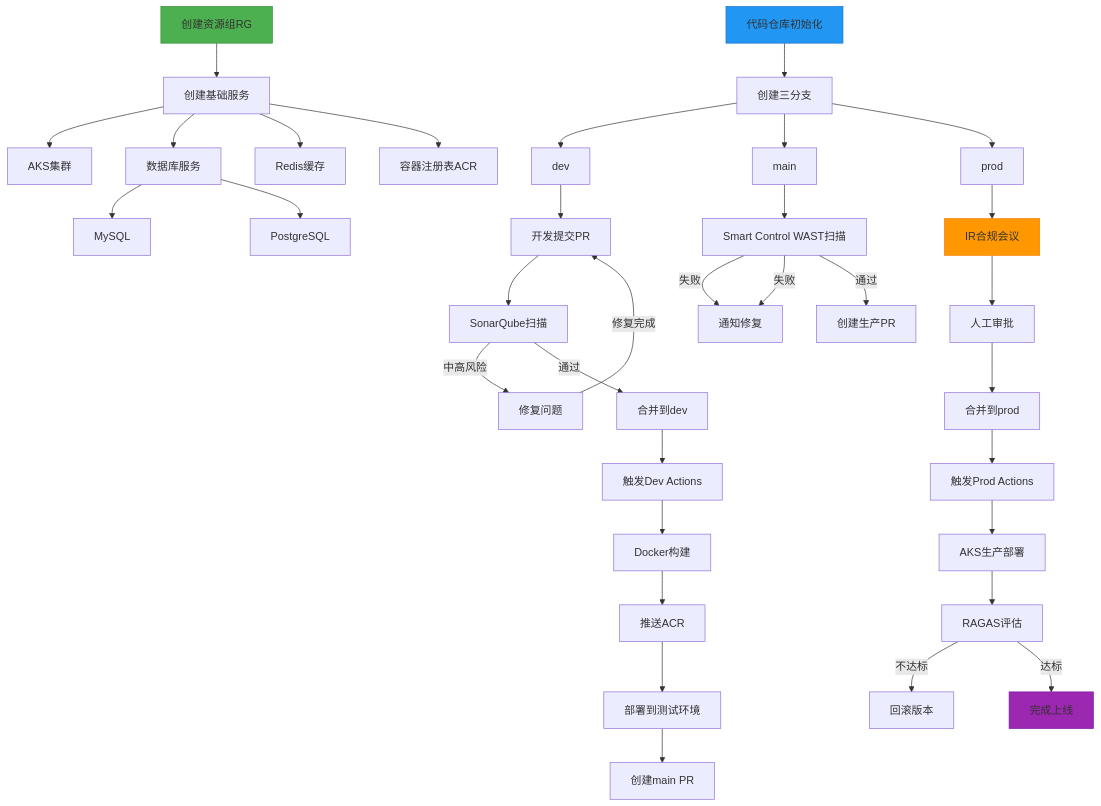
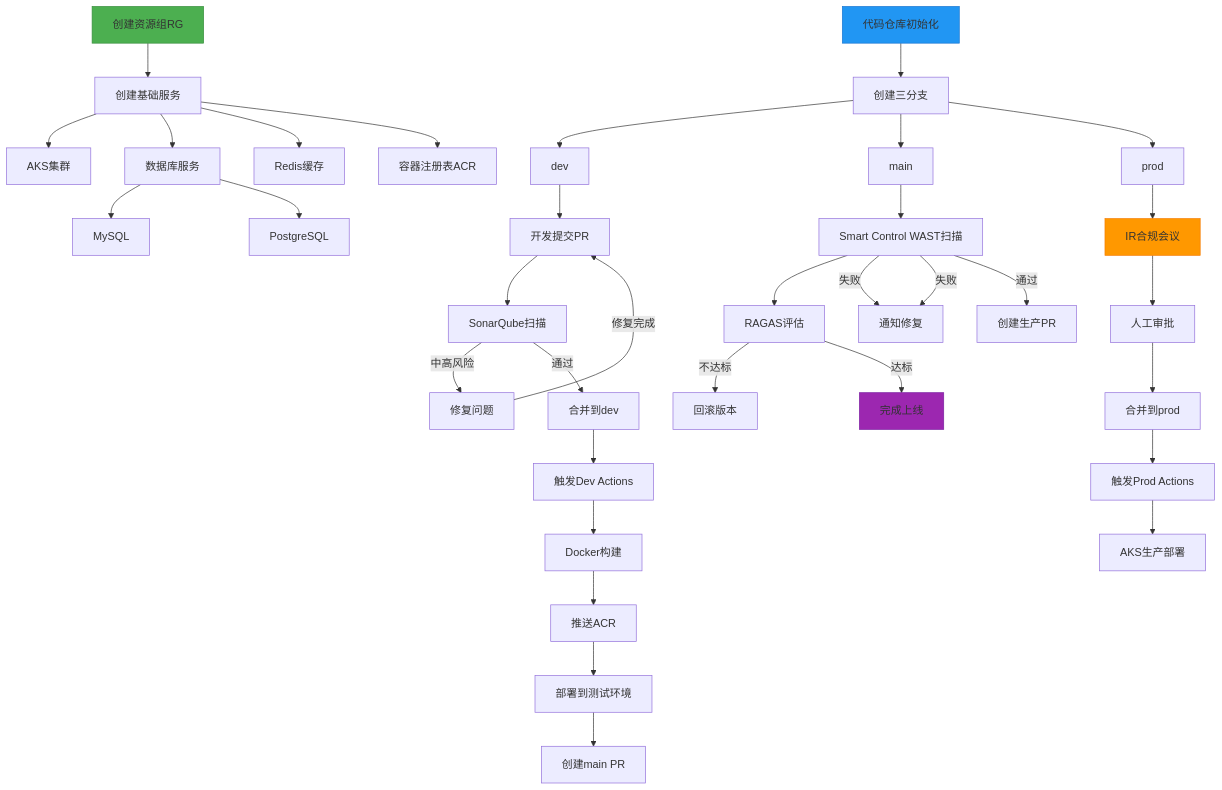
Before and after one commit to funnyData/iodraw-files: the diagram in all/未命名-1.md, drawn with Mermaid.

Commit message:
2025-02-27 09:18:56 update

````diff
--- a/all/未命名-1.md
+++ b/all/未命名-1.md
@@ -1,58 +1,60 @@
 ```mermaid
 graph TD
     A[创建资源组RG] --> B[创建基础服务]
     B --> C[AKS集群]
     B --> D[数据库服务]
     D --> DA[MySQL]
     D --> DB[PostgreSQL]
     B --> E[Redis缓存]
     B --> F[容器注册表ACR]
     
     G[代码仓库初始化] --> H[创建三分支]
     H --> I[dev]
     H --> J[main]
     H --> K[prod]
     K --> W[IR合规会议]
     J --> T[Smart Control WAST扫描]
-    
+    T--> AD[RAGAS评估]
+    AD -->|不达标| AE[回滚版本]
+    AD -->|达标| AF[完成上线]
     T -->|失败| U[通知修复]
     I --> L[开发提交PR]
     L --> M[SonarQube扫描]
     M -->|中高风险| N[修复问题]
     N -->|修复完成|L
     M -->|通过| O[合并到dev]
     
     O --> P[触发Dev Actions]
     P --> Q[Docker构建]
     Q --> R[推送ACR]
     R --> S[部署到测试环境]
     S --> SA[创建main PR]
     %% S -->V[创建生产PR]
 
     
     %% S --> T[Smart Control WAST扫描]
     T -->|失败| U[通知修复]
 
     
     T -->|通过| V[创建生产PR]
 
     
     %% V --> W[IR合规会议]
     W --> X[人工审批]
     X --> Y[合并到prod]
     
     Y --> Z[触发Prod Actions]
     Z --> AC[AKS生产部署]
     %% Z --> AA[安全扫描]
     %% AA -->|高风险| AB[终止部署]
     %% AA -->|通过| AC[AKS生产部署]
     
-    AC --> AD[RAGAS评估]
-    AD -->|不达标| AE[回滚版本]
-    AD -->|达标| AF[完成上线]
+    %% AC --> AD[RAGAS评估]
+    %% AD -->|不达标| AE[回滚版本]
+    %% AD -->|达标| AF[完成上线]
     
     style A fill:#4CAF50,stroke:#388E3C
     style G fill:#2196F3,stroke:#1976D2
     style W fill:#FF9800,stroke:#F57C00
     style AF fill:#9C27B0,stroke:#7B1FA2
 ```
````
